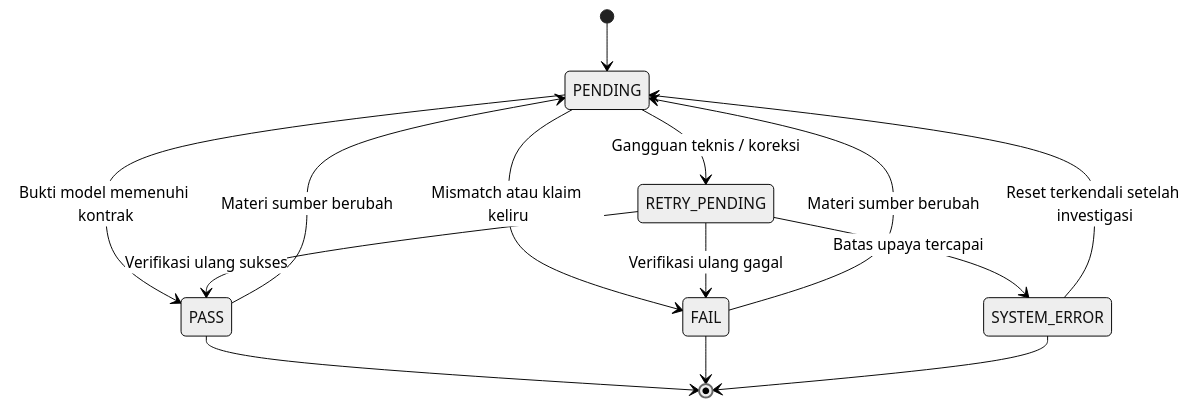
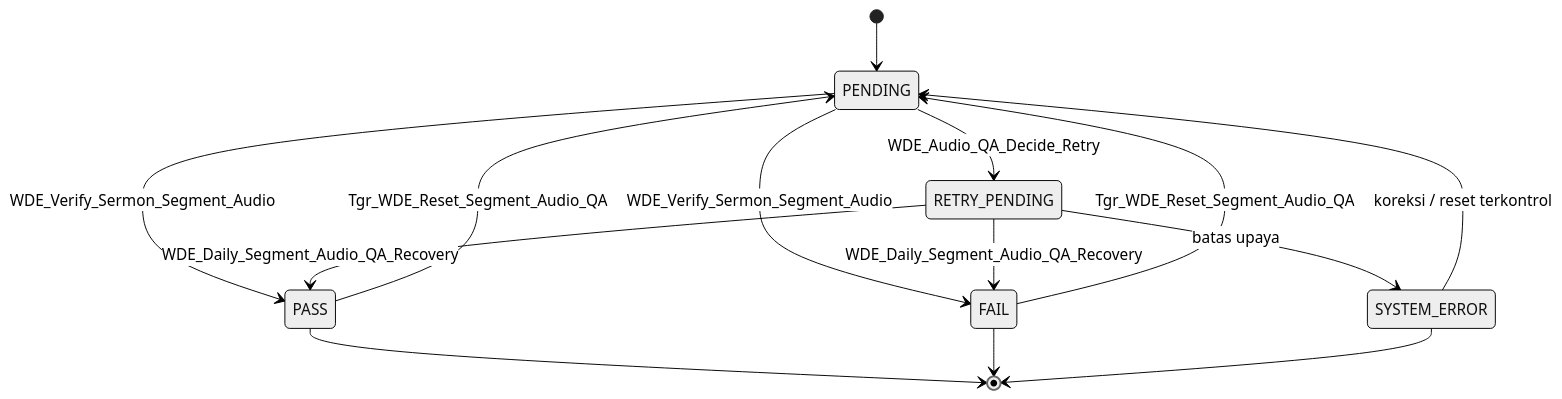
One commit to jimmytobing/Syntetic-Wisdom changed the eighth of 28 diagrams in SADD-WDE.md. Above: the diagram before and after it, drawn with Mermaid (neutral theme). The commit also changed other lines of this file, not shown here.

Commit message:
docs(wde): align visual SADD with two-workflow cleanup and label all Salesforce flows

````diff
--- a/SADD-WDE.md
+++ b/SADD-WDE.md
@@ -167,16 +169,16 @@
 ```mermaid
 stateDiagram-v2
   [*] --> PENDING
-  PENDING --> PASS: Bukti model memenuhi kontrak
-  PENDING --> FAIL: Mismatch atau klaim keliru
-  PENDING --> RETRY_PENDING: Gangguan teknis / koreksi
-  RETRY_PENDING --> PASS: Verifikasi ulang sukses
-  RETRY_PENDING --> FAIL: Verifikasi ulang gagal
-  RETRY_PENDING --> SYSTEM_ERROR: Batas upaya tercapai
-  PASS --> PENDING: Materi sumber berubah
-  FAIL --> PENDING: Materi sumber berubah
-  SYSTEM_ERROR --> PENDING: Reset terkendali setelah investigasi
+  PENDING --> PASS: WDE_Verify_Sermon_Segment_Audio
+  PENDING --> FAIL: WDE_Verify_Sermon_Segment_Audio
+  PENDING --> RETRY_PENDING: WDE_Audio_QA_Decide_Retry
+  RETRY_PENDING --> PASS: WDE_Daily_Segment_Audio_QA_Recovery
+  RETRY_PENDING --> FAIL: WDE_Daily_Segment_Audio_QA_Recovery
+  RETRY_PENDING --> SYSTEM_ERROR: batas upaya
+  PASS --> PENDING: Tgr_WDE_Reset_Segment_Audio_QA
+  FAIL --> PENDING: Tgr_WDE_Reset_Segment_Audio_QA
+  SYSTEM_ERROR --> PENDING: koreksi / reset terkontrol
   PASS --> [*]
   FAIL --> [*]
   SYSTEM_ERROR --> [*]
 ```
````
